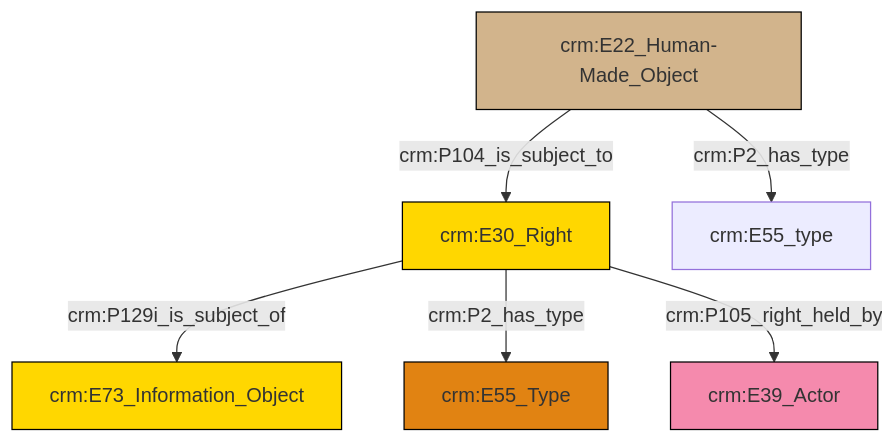
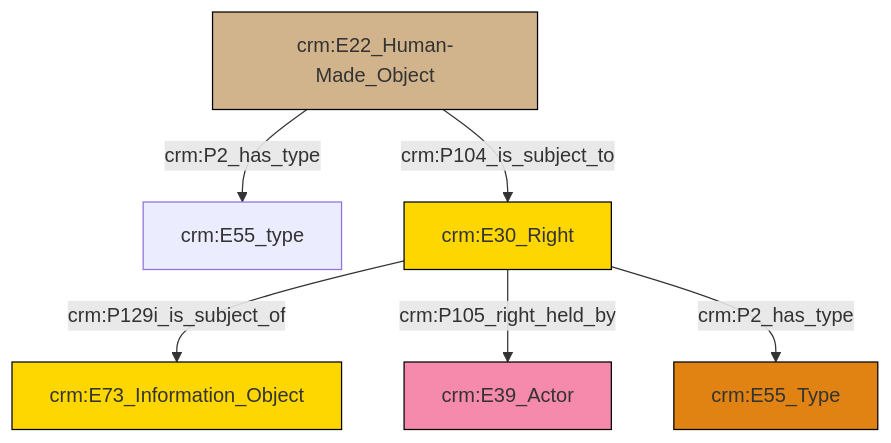
One commit to swiss-art-research-net/docs.swissartresearch changed the diagram in et/builtWorkCSV/ttl/mmd/Built_Work_rights.ttl.mmd. Above: the diagram before and after it, drawn with Mermaid. The commit also changed 179 other files, not shown here.

```diff
--- a/et/builtWorkCSV/ttl/mmd/Built_Work_rights.ttl.mmd
+++ b/et/builtWorkCSV/ttl/mmd/Built_Work_rights.ttl.mmd
@@ -1,20 +1,20 @@
 graph TD
 classDef Literal fill:#f2f2f2,stroke:#000000;
 classDef CRM_Entity fill:#FFFFFF,stroke:#000000;
 classDef Temporal_Entity fill:#00C9E6, stroke:#000000;
 classDef Type fill:#E18312, stroke:#000000;
 classDef Time-Span fill:#2C9C91, stroke:#000000;
 classDef Appellation fill:#FFEB7F, stroke:#000000;
 classDef Place fill:#008836, stroke:#000000;
 classDef Persistent_Item fill:#B266B2, stroke:#000000;
 classDef Conceptual_Object fill:#FFD700, stroke:#000000;
 classDef Physical_Thing fill:#D2B48C, stroke:#000000;
 classDef Actor fill:#f58aad, stroke:#000000;
 classDef PC_Classes fill:#4ce600, stroke:#000000;
 classDef Multi fill:#cccccc,stroke:#000000;
 
-0["crm:E30_Right"]:::Conceptual_Object -->|crm:P129i_is_subject_of| 2["crm:E73_Information_Object"]:::Conceptual_Object
-0["crm:E30_Right"]:::Conceptual_Object -->|crm:P2_has_type| 5["crm:E55_Type"]:::Type
-3["crm:E22_Human-Made_Object"]:::Physical_Thing -->|crm:P104_is_subject_to| 0["crm:E30_Right"]:::Conceptual_Object
-0["crm:E30_Right"]:::Conceptual_Object -->|crm:P105_right_held_by| 8["crm:E39_Actor"]:::Actor
-3["crm:E22_Human-Made_Object"]:::Physical_Thing -->|crm:P2_has_type| 10["crm:E55_type"]:::Default
+0["crm:E22_Human-Made_Object"]:::Physical_Thing -->|crm:P2_has_type| 1["crm:E55_type"]:::Default
+6["crm:E30_Right"]:::Conceptual_Object -->|crm:P129i_is_subject_of| 2["crm:E73_Information_Object"]:::Conceptual_Object
+6["crm:E30_Right"]:::Conceptual_Object -->|crm:P105_right_held_by| 8["crm:E39_Actor"]:::Actor
+6["crm:E30_Right"]:::Conceptual_Object -->|crm:P2_has_type| 4["crm:E55_Type"]:::Type
+0["crm:E22_Human-Made_Object"]:::Physical_Thing -->|crm:P104_is_subject_to| 6["crm:E30_Right"]:::Conceptual_Object
```
